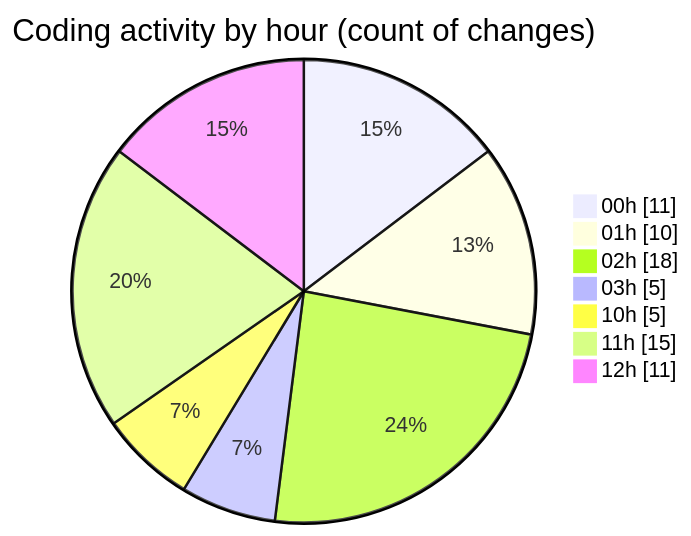
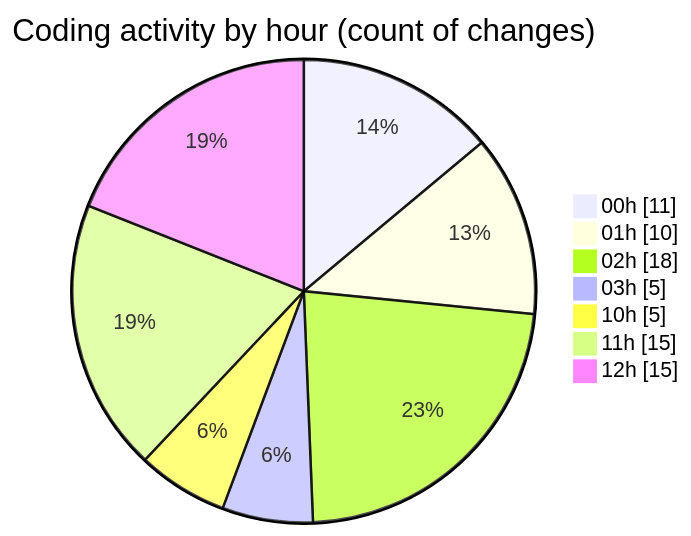
The second of 2 diagrams in 2025-11-02/cdp_aleoudev_fr__workspace_/README.md (julien-gomy/code-tracking), drawn with Mermaid before and after one commit. The commit also changed other lines of this file and 1 other file, not shown here.

````diff
--- a/2025-11-02/cdp_aleoudev_fr__workspace_/README.md
+++ b/2025-11-02/cdp_aleoudev_fr__workspace_/README.md
@@ -34,11 +34,11 @@
 ```mermaid
 pie showData
 title Coding activity by hour (count of changes)
 "00h" : 11
 "01h" : 10
 "02h" : 18
 "03h" : 5
 "10h" : 5
 "11h" : 15
-"12h" : 11
+"12h" : 15
 ```
````
